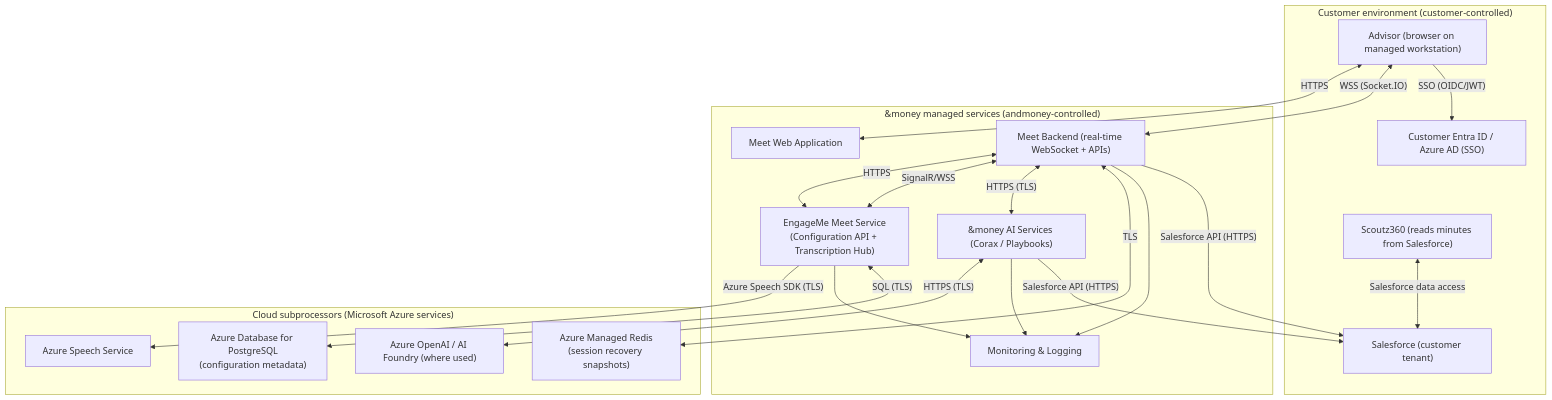
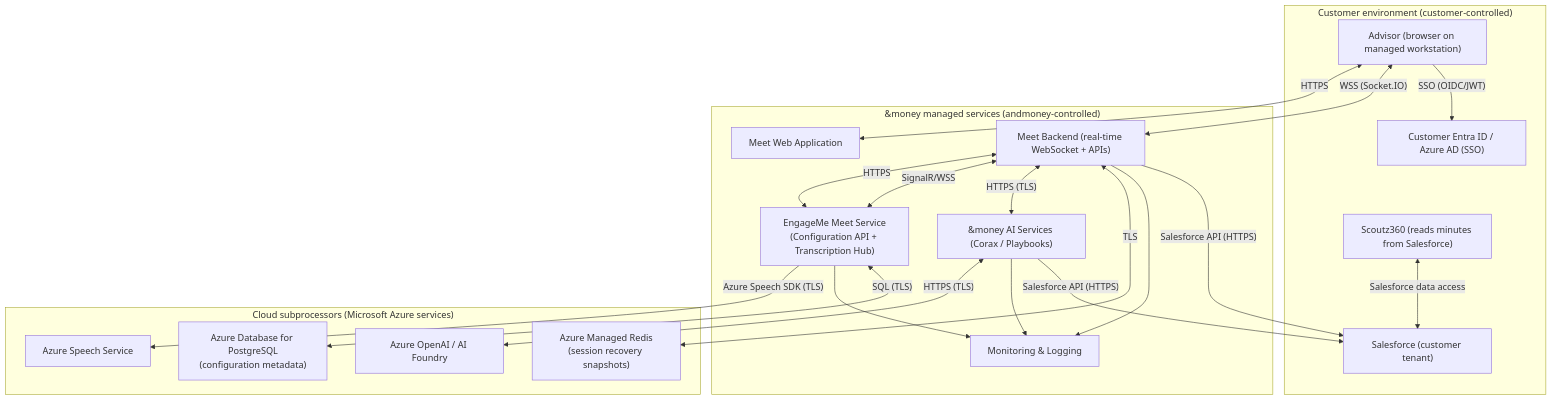
The diagram in _meet/security.md (andmoneyaps/docs), drawn with Mermaid before and after one commit. The commit also changed other lines of this file, not shown here.

````diff
--- a/_meet/security.md
+++ b/_meet/security.md
@@ -24,47 +24,47 @@
 ```mermaid
 flowchart TB
   %% Trust boundaries: Customer vs &money vs Cloud subprocessors
   subgraph Customer["Customer environment (customer-controlled)"]
     Advisor["Advisor (browser on managed workstation)"]
     SF["Salesforce (customer tenant)"]
     IdP["Customer Entra ID / Azure AD (SSO)"]
     Scoutz["Scoutz360 (reads minutes from Salesforce)"]
   end
 
   subgraph Money["&money managed services (andmoney-controlled)"]
     MeetUI["Meet Web Application"]
     MeetBE["Meet Backend (real-time WebSocket + APIs)"]
     MeetSvc["EngageMe Meet Service\n(Configuration API + Transcription Hub)"]
     Corax["&money AI Services (Corax / Playbooks)"]
     Obs["Monitoring & Logging"]
   end
 
   subgraph Cloud["Cloud subprocessors (Microsoft Azure services)"]
     AzureSpeech["Azure Speech Service"]
-    AzureOpenAI["Azure OpenAI / AI Foundry (where used)"]
+    AzureOpenAI["Azure OpenAI / AI Foundry"]
     AzureRedis["Azure Managed Redis\n(session recovery snapshots)"]
     AzurePostgres["Azure Database for PostgreSQL\n(configuration metadata)"]
   end
 
   Advisor <-->|"HTTPS"| MeetUI
   Advisor <-->|"WSS (Socket.IO)"| MeetBE
   Advisor -->|"SSO (OIDC/JWT)"| IdP
 
   MeetBE <-->|"HTTPS"| MeetSvc
   MeetBE <-->|"SignalR/WSS"| MeetSvc
   MeetSvc -->|"Azure Speech SDK (TLS)"| AzureSpeech
 
   MeetBE <-->|"HTTPS (TLS)"| Corax
   Corax <-->|"HTTPS (TLS)"| AzureOpenAI
 
   MeetBE <-->|"TLS"| AzureRedis
   MeetSvc --> Obs
   MeetBE --> Obs
   Corax --> Obs
 
   MeetSvc <-->|"SQL (TLS)"| AzurePostgres
 
   Corax -->|"Salesforce API (HTTPS)"| SF
   MeetBE -->|"Salesforce API (HTTPS)"| SF
   Scoutz <-->|"Salesforce data access"| SF
 ```
````
